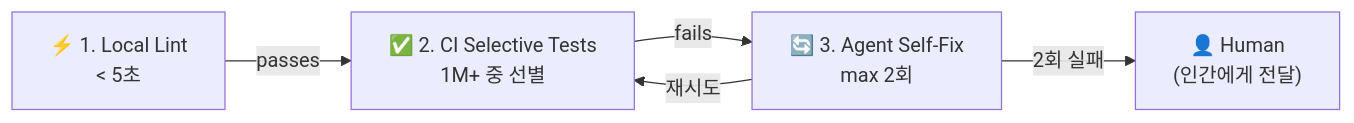
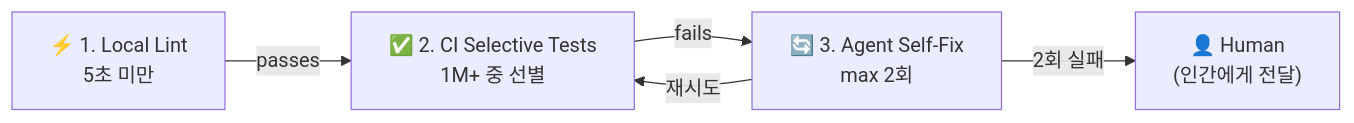
Before and after one commit to kimchanhyung98/agentic-workflows: the third of 6 diagrams in docs/examples/minions/02-stripe-minions-part2.md, drawn with Mermaid. The commit also changed 5 other files, not shown here.

First line of the commit message:
fix(docs): improve mermaid diagram rendering safety and accuracy

````diff
--- a/docs/examples/minions/02-stripe-minions-part2.md
+++ b/docs/examples/minions/02-stripe-minions-part2.md
@@ -110,12 +110,12 @@
 ```mermaid
 flowchart LR
-    LL["⚡ 1. Local Lint\n< 5초"]
+    LL["⚡ 1. Local Lint\n5초 미만"]
     CI["✅ 2. CI Selective Tests\n1M+ 중 선별"]
     SF["🔄 3. Agent Self-Fix\nmax 2회"]
     HM["👤 Human\n(인간에게 전달)"]
 
     LL -->|"passes"| CI
     CI -->|"fails"| SF
     SF -->|"재시도"| CI
     SF -->|"2회 실패"| HM
 ```
````
